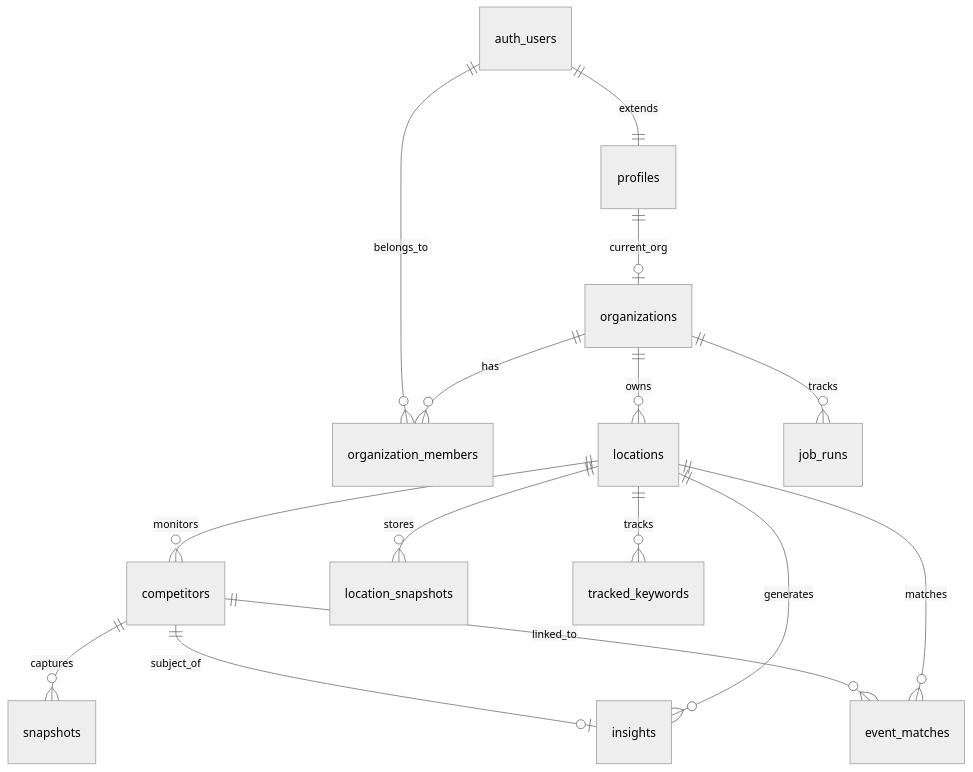
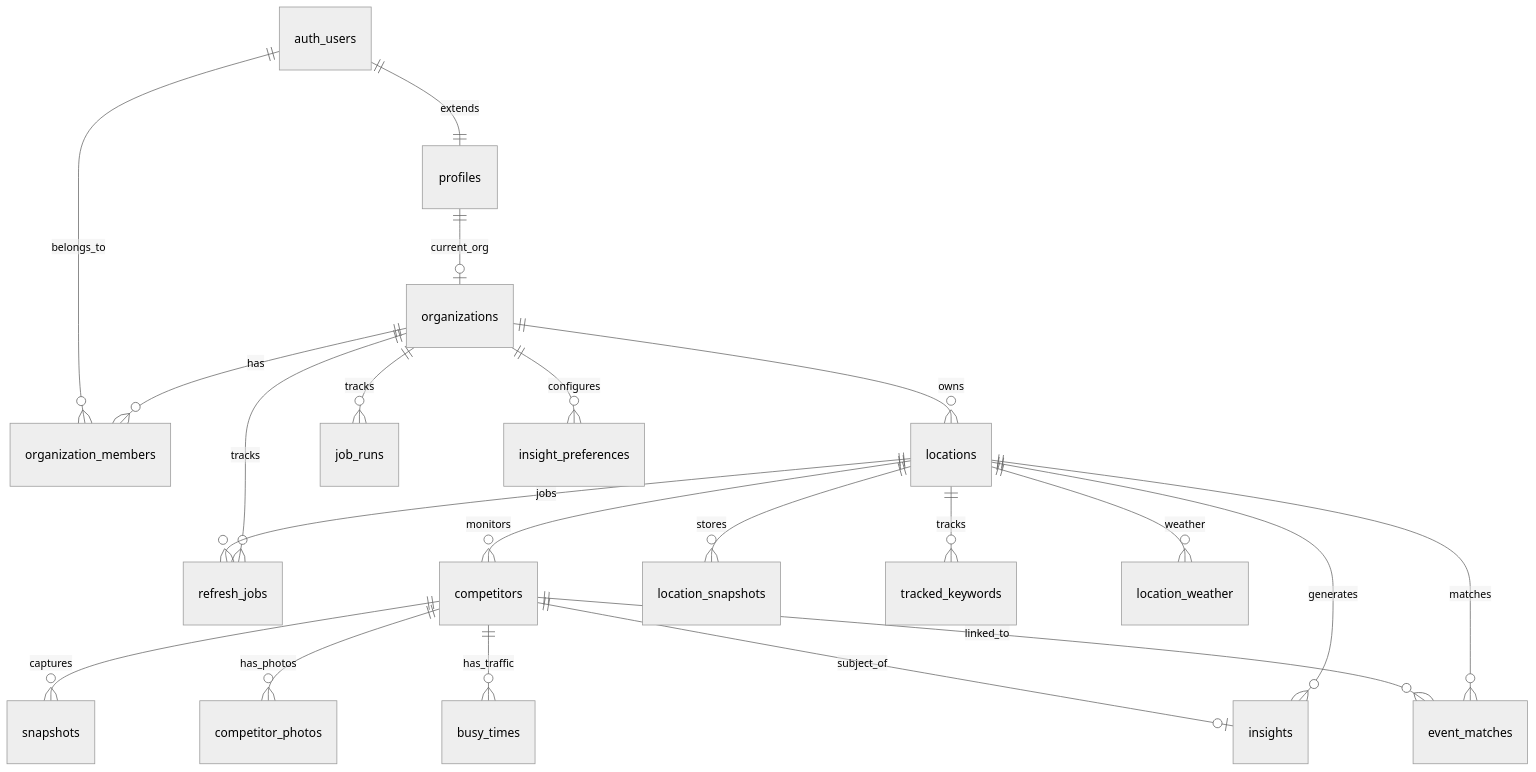
The fifth of 5 diagrams in BLUEPRINT.md (AliveLabs/prophet), drawn with Mermaid (neutral theme) before and after one commit. The commit also changed other lines of this file and 51 other files, not shown here.

First line of the commit message:
Add visual intelligence, traffic, weather pages + job pipelines + comprehensive BLUEPRINT update

````diff
--- a/BLUEPRINT.md
+++ b/BLUEPRINT.md
@@ -720,21 +882,26 @@
 ```mermaid
 erDiagram
     organizations ||--o{ organization_members : has
     organizations ||--o{ locations : owns
     organizations ||--o{ job_runs : tracks
+    organizations ||--o{ refresh_jobs : tracks
+    organizations ||--o{ insight_preferences : configures
 
     profiles ||--o| organizations : current_org
-
     auth_users ||--|| profiles : extends
     auth_users ||--o{ organization_members : belongs_to
 
     locations ||--o{ competitors : monitors
     locations ||--o{ insights : generates
     locations ||--o{ location_snapshots : stores
     locations ||--o{ event_matches : matches
     locations ||--o{ tracked_keywords : tracks
+    locations ||--o{ location_weather : weather
+    locations ||--o{ refresh_jobs : jobs
 
     competitors ||--o{ snapshots : captures
+    competitors ||--o{ competitor_photos : has_photos
+    competitors ||--o{ busy_times : has_traffic
     competitors ||--o{ event_matches : linked_to
     competitors ||--o| insights : subject_of
 ```
````
